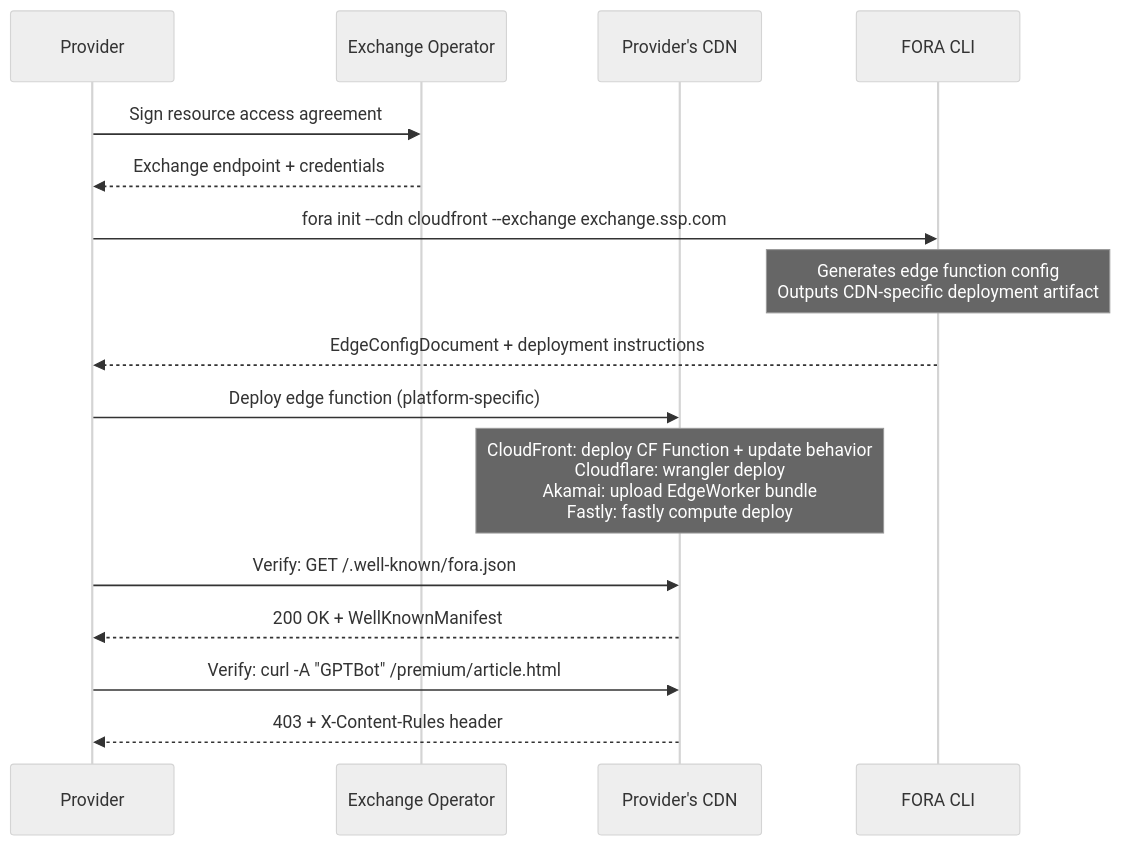
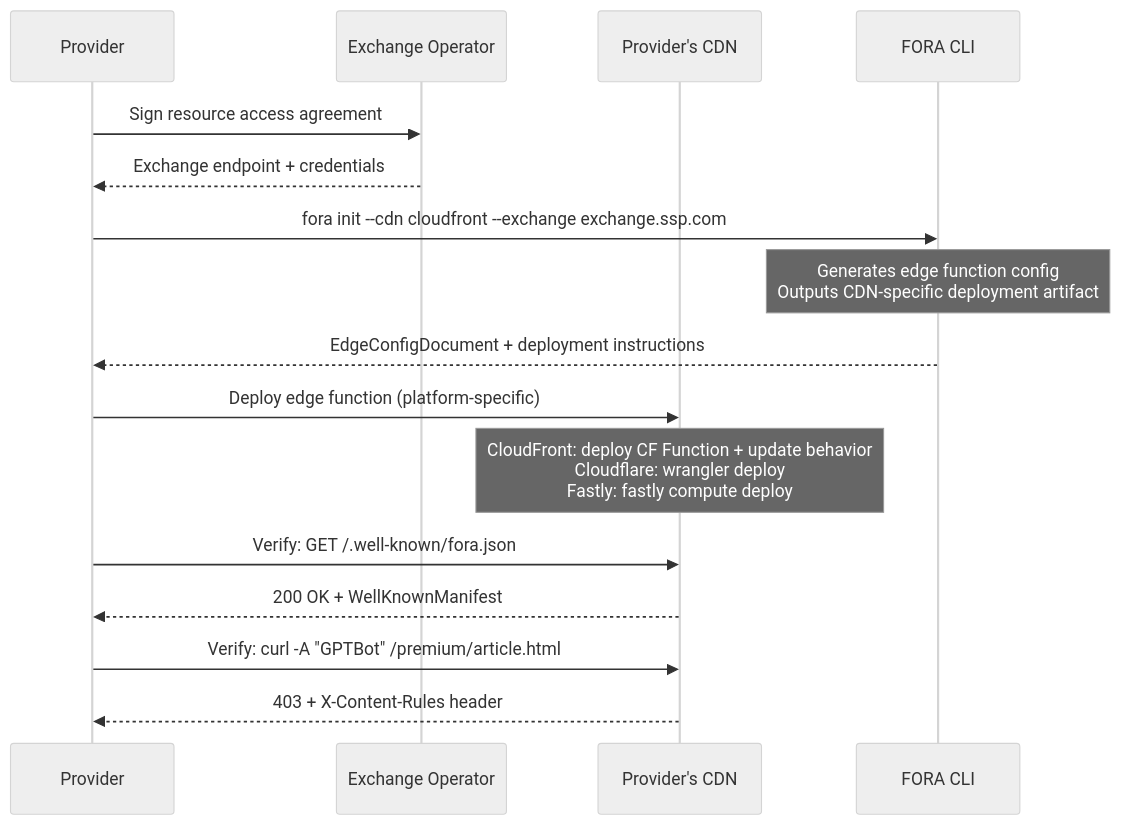
Before and after one commit to FORA-Protocol/protocol: the first of 3 diagrams in website/src/content/docs/components/edge-function/deployment.mdx, drawn with Mermaid (neutral theme). The commit also changed other lines of this file and 201 other files, not shown here.

````diff
--- a/website/src/content/docs/components/edge-function/deployment.mdx
+++ b/website/src/content/docs/components/edge-function/deployment.mdx
@@ -10,24 +10,24 @@
 ```mermaid
 sequenceDiagram
     participant Provider as Provider
     participant MO as Exchange Operator
     participant CDN as Provider's CDN
     participant FORA as FORA CLI
 
     Provider->>MO: Sign resource access agreement
     MO-->>Provider: Exchange endpoint + credentials
 
     Provider->>FORA: fora init --cdn cloudfront --exchange exchange.ssp.com
     Note over FORA: Generates edge function config<br/>Outputs CDN-specific deployment artifact
 
     FORA-->>Provider: EdgeConfigDocument + deployment instructions
 
     Provider->>CDN: Deploy edge function (platform-specific)
-    Note over CDN: CloudFront: deploy CF Function + update behavior<br/>Cloudflare: wrangler deploy<br/>Akamai: upload EdgeWorker bundle<br/>Fastly: fastly compute deploy
+    Note over CDN: CloudFront: deploy CF Function + update behavior<br/>Cloudflare: wrangler deploy<br/>Fastly: fastly compute deploy
 
     Provider->>CDN: Verify: GET /.well-known/fora.json
     CDN-->>Provider: 200 OK + WellKnownManifest
 
     Provider->>CDN: Verify: curl -A "GPTBot" /premium/article.html
     CDN-->>Provider: 403 + X-Content-Rules header
 ```
````
